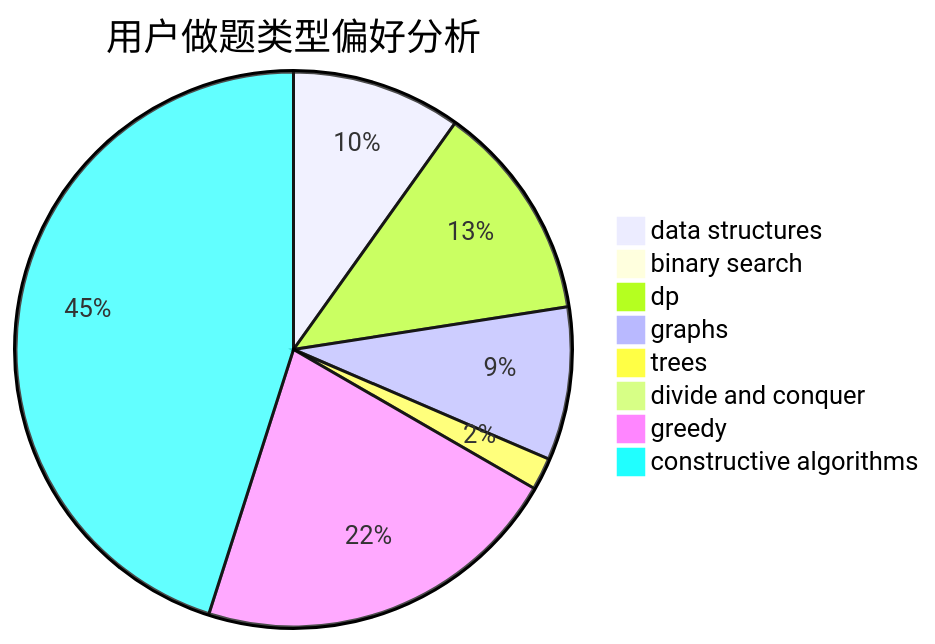
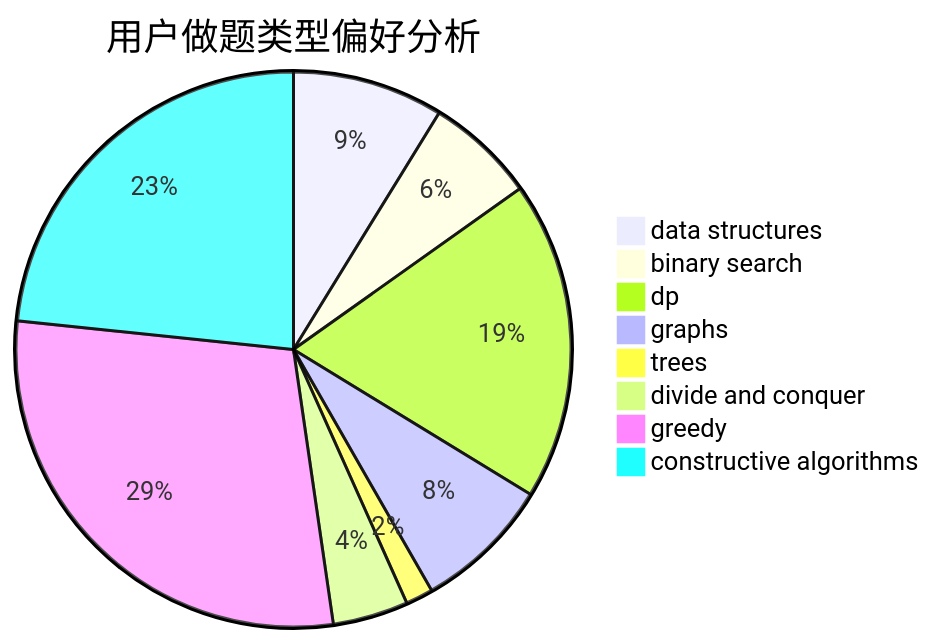
The second of 3 diagrams in docs/user/u2089.md (sherpahu/cfrs.github.io), drawn with Mermaid before and after one commit. The commit also changed other lines of this file and 2770 other files, not shown here.

````diff
--- a/docs/user/u2089.md
+++ b/docs/user/u2089.md
@@ -23,11 +23,11 @@
 ```mermaid
 pie title 用户做题类型偏好分析
-    "data structures" :  21
-    "binary search" :  0
-    "dp" :  27
-    "graphs" :  19
-    "trees" :  4
-    "divide and conquer" :  0
-    "greedy" :  46
-    "constructive algorithms" :  96
+    "data structures" :  44
+    "binary search" :  32
+    "dp" :  93
+    "graphs" :  40
+    "trees" :  8
+    "divide and conquer" :  22
+    "greedy" :  145
+    "constructive algorithms" :  117
 ```
````
